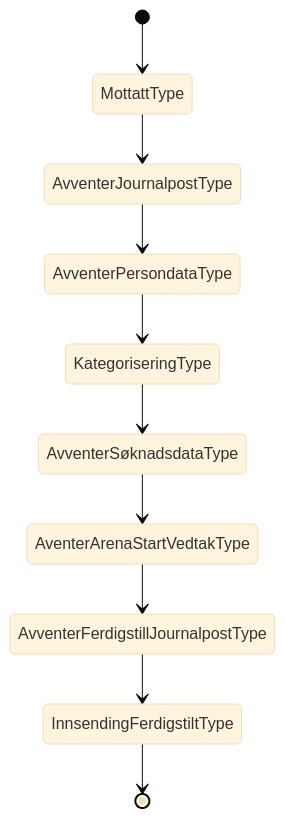
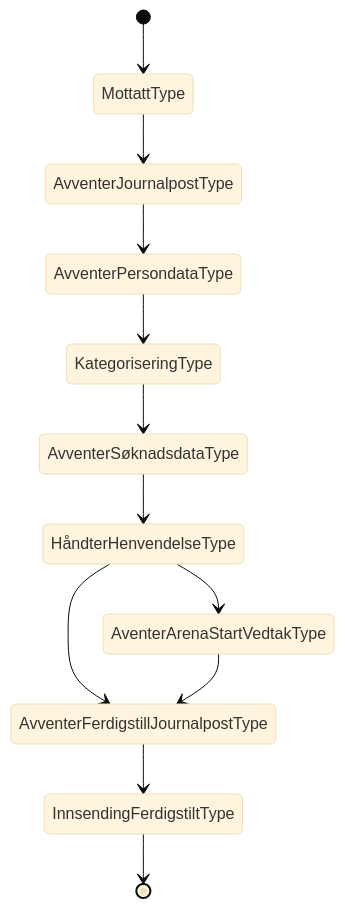
Before and after one commit to navikt/dp-mottak: the diagram in docs/arkitektur/tilstander/NAV 04-01.03.approved.md, drawn with Mermaid (base theme). The commit also changed 5 other files, not shown here.

````diff
--- a/docs/arkitektur/tilstander/NAV 04-01.03.approved.md
+++ b/docs/arkitektur/tilstander/NAV 04-01.03.approved.md
@@ -3,12 +3,14 @@
 ```mermaid
    stateDiagram
    [*]-->MottattType
    	MottattType --> AvventerJournalpostType
 	AvventerJournalpostType --> AvventerPersondataType
 	AvventerPersondataType --> KategoriseringType
 	KategoriseringType --> AvventerSøknadsdataType
-	AvventerSøknadsdataType --> AventerArenaStartVedtakType
+    AvventerSøknadsdataType --> HåndterHenvendelseType
+    HåndterHenvendelseType --> AventerArenaStartVedtakType
+    HåndterHenvendelseType --> AvventerFerdigstillJournalpostType
 	AventerArenaStartVedtakType --> AvventerFerdigstillJournalpostType
 	AvventerFerdigstillJournalpostType --> InnsendingFerdigstiltType
    InnsendingFerdigstiltType--> [*]    
 ```
````
